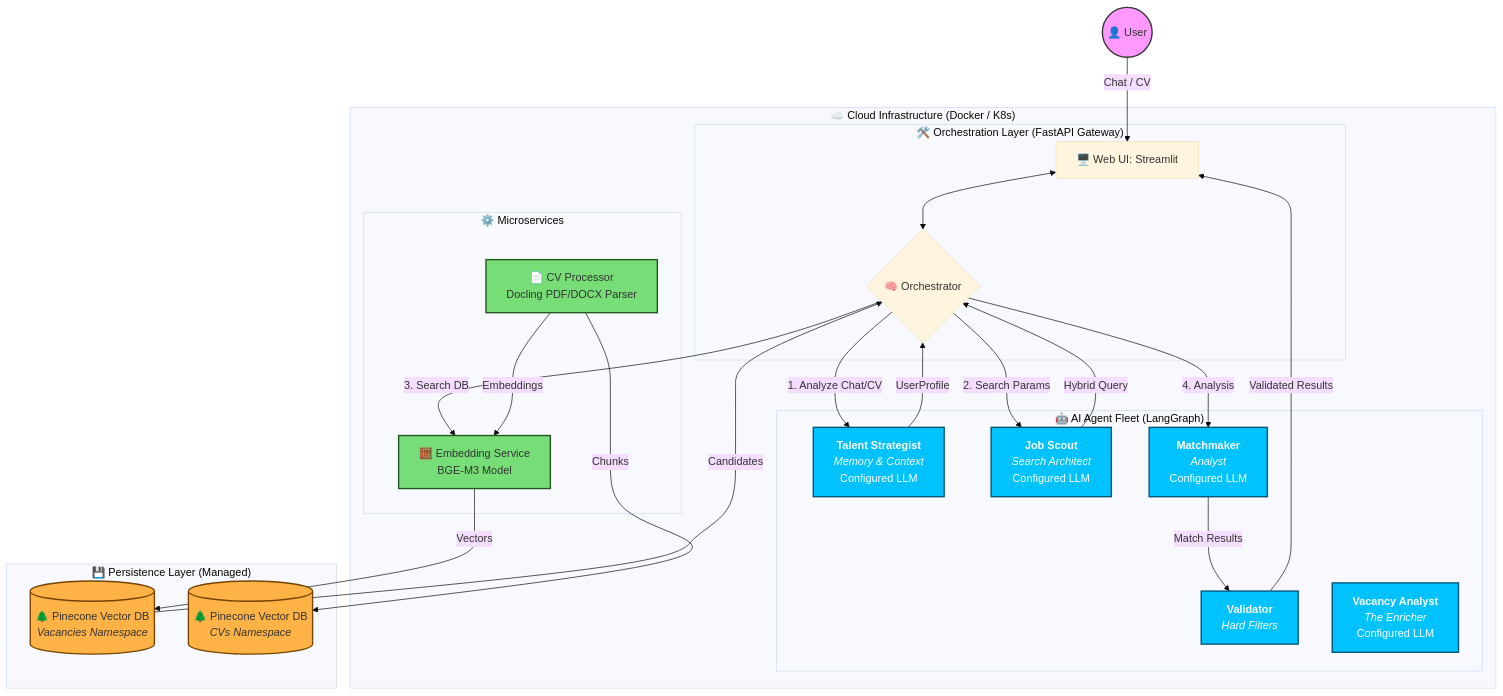
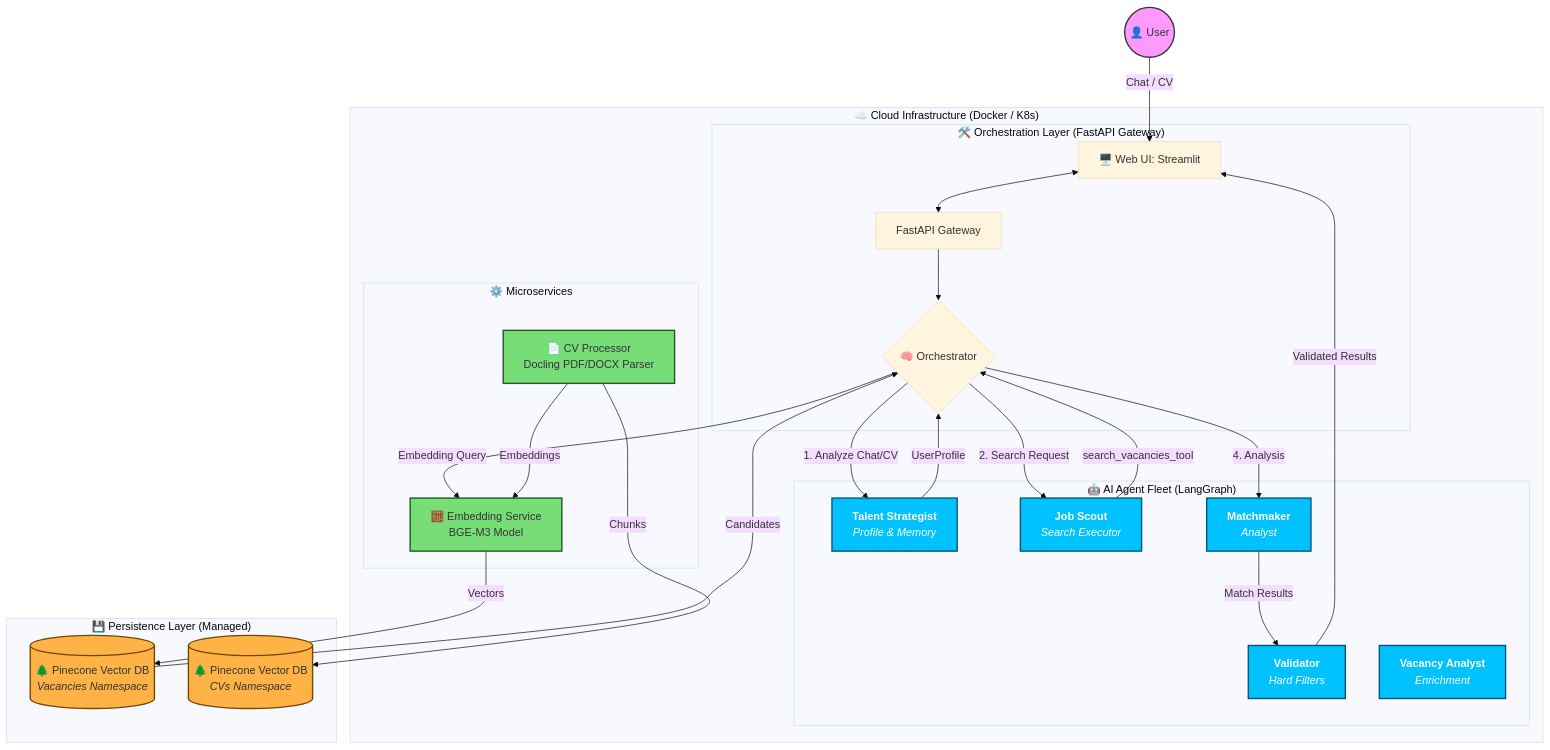
One commit to kkonst-bond-edu/funds-search changed the first of 2 diagrams in README.md. Above: the diagram before and after it, drawn with Mermaid (base theme). The commit also changed other lines of this file, not shown here.

Commit message:
Rewrite root README for current architecture

````diff
--- a/README.md
+++ b/README.md
@@ -68,54 +48,52 @@
 ```mermaid
 graph TD
     %% Colors and Styles
     classDef user fill:#f9f,stroke:#333,stroke-width:2px;
     classDef agent fill:#00c2ff,stroke:#005577,stroke-width:2px,color:#fff;
     classDef service fill:#77dd77,stroke:#225522,stroke-width:2px;
     classDef database fill:#ffb347,stroke:#774400,stroke-width:2px;
     classDef infrastructure fill:#e1e1e1,stroke:#666,stroke-width:2px,stroke-dasharray: 5 5;
 
-    %% Client Side
     USER((👤 User)):::user -->|Chat / CV| UI[🖥️ Web UI: Streamlit]
 
     subgraph "☁️ Cloud Infrastructure (Docker / K8s)"
-        
         subgraph "🛠️ Orchestration Layer (FastAPI Gateway)"
-            UI <--> HUB{🧠 Orchestrator}
+            UI <--> API[FastAPI Gateway]
+            API --> ORCH{🧠 Orchestrator}
         end
 
-        %% Specialized Agents
         subgraph "🤖 AI Agent Fleet (LangGraph)"
-            TS[<b>Talent Strategist</b><br/><i>Memory & Context</i><br/>Configured LLM]:::agent
-            JS[<b>Job Scout</b><br/><i>Search Architect</i><br/>Configured LLM]:::agent
-            MM[<b>Matchmaker</b><br/><i>Analyst</i><br/>Configured LLM]:::agent
+            TS[<b>Talent Strategist</b><br/><i>Profile & Memory</i>]:::agent
+            JS[<b>Job Scout</b><br/><i>Search Executor</i>]:::agent
+            MM[<b>Matchmaker</b><br/><i>Analyst</i>]:::agent
             VLD[<b>Validator</b><br/><i>Hard Filters</i>]:::agent
-            VA[<b>Vacancy Analyst</b><br/><i>The Enricher</i><br/>Configured LLM]:::agent
+            VA[<b>Vacancy Analyst</b><br/><i>Enrichment</i>]:::agent
         end
 
-        %% Internal Services
         subgraph "⚙️ Microservices"
             EMB[🧮 Embedding Service<br/>BGE-M3 Model]:::service
             CV[📄 CV Processor<br/>Docling PDF/DOCX Parser]:::service
         end
     end
 
-    %% Data Storage
     subgraph "💾 Persistence Layer (Managed)"
         PC[(🌲 Pinecone Vector DB<br/><i>Vacancies Namespace</i>)]:::database
         PC2[(🌲 Pinecone Vector DB<br/><i>CVs Namespace</i>)]:::database
     end
 
-    %% Connections
-    HUB -->|1. Analyze Chat/CV| TS
-    TS -->|UserProfile| HUB
-    HUB -->|2. Search Params| JS
-    JS -->|Hybrid Query| HUB
-    HUB -->|3. Search DB| EMB
+    ORCH -->|1. Analyze Chat/CV| TS
+    TS -->|UserProfile| ORCH
+    ORCH -->|2. Search Request| JS
+    JS -->|search_vacancies_tool| ORCH
+
+    ORCH -->|Embedding Query| EMB
     EMB -->|Vectors| PC
+
     CV -->|Embeddings| EMB
     CV -->|Chunks| PC2
-    PC -->|Candidates| HUB
-    HUB -->|4. Analysis| MM
+
+    PC -->|Candidates| ORCH
+    ORCH -->|4. Analysis| MM
     MM -->|Match Results| VLD
     VLD -->|Validated Results| UI
 ```
````
